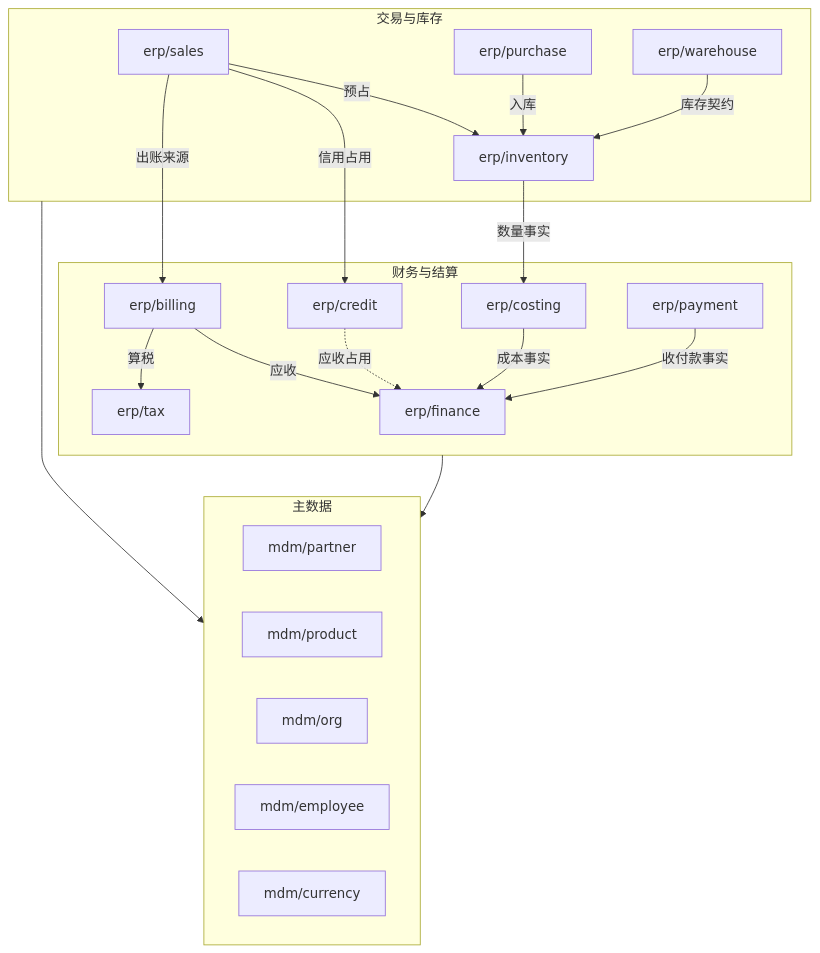
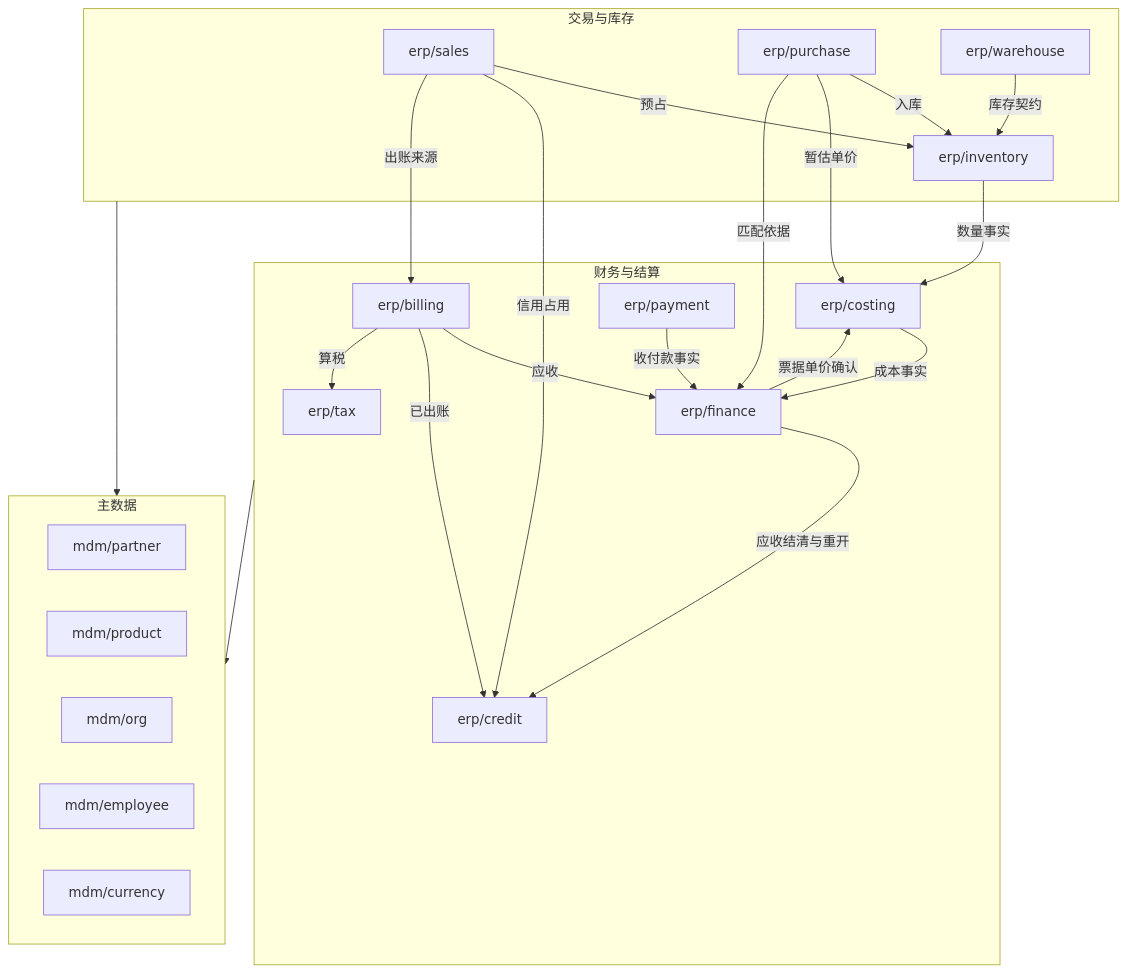
The first of 3 diagrams in tempDocs/final/00-overview/02-domains-and-boundaries.md (brickKit/be-assembly-standard), drawn with Mermaid before and after one commit. The commit also changed 15 other files, not shown here.

````diff
--- a/tempDocs/final/00-overview/02-domains-and-boundaries.md
+++ b/tempDocs/final/00-overview/02-domains-and-boundaries.md
@@ -40,25 +40,29 @@
 ```mermaid
 flowchart TB
     subgraph MDM[主数据]
       P[mdm/partner]; PR[mdm/product]; O[mdm/org]; E[mdm/employee]; C[mdm/currency]
     end
     subgraph TRADE[交易与库存]
       S[erp/sales]; PU[erp/purchase]; I[erp/inventory]; W[erp/warehouse]
     end
     subgraph FIN[财务与结算]
       F[erp/finance]; CR[erp/credit]; CO[erp/costing]; B[erp/billing]; PAY[erp/payment]; T[erp/tax]
     end
     S -->|预占| I
     S -->|信用占用| CR
     S -->|出账来源| B
     PU -->|入库| I
+    PU -->|暂估单价| CO
+    PU -->|匹配依据| F
     W -->|库存契约| I
     I -->|数量事实| CO
     CO -->|成本事实| F
+    F -->|票据单价确认| CO
     B -->|应收| F
+    B -->|已出账| CR
     B -->|算税| T
     PAY -->|收付款事实| F
-    CR -.->|应收占用| F
+    F -->|应收结清与重开| CR
     TRADE --> MDM
     FIN --> MDM
 ```
````
